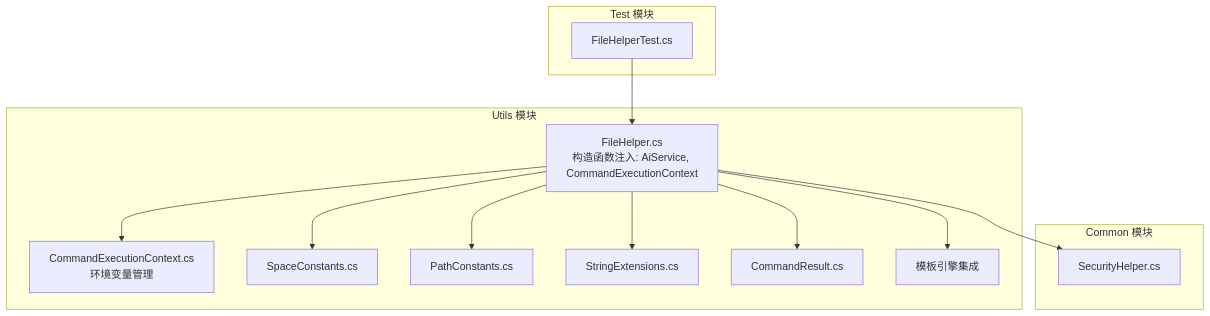
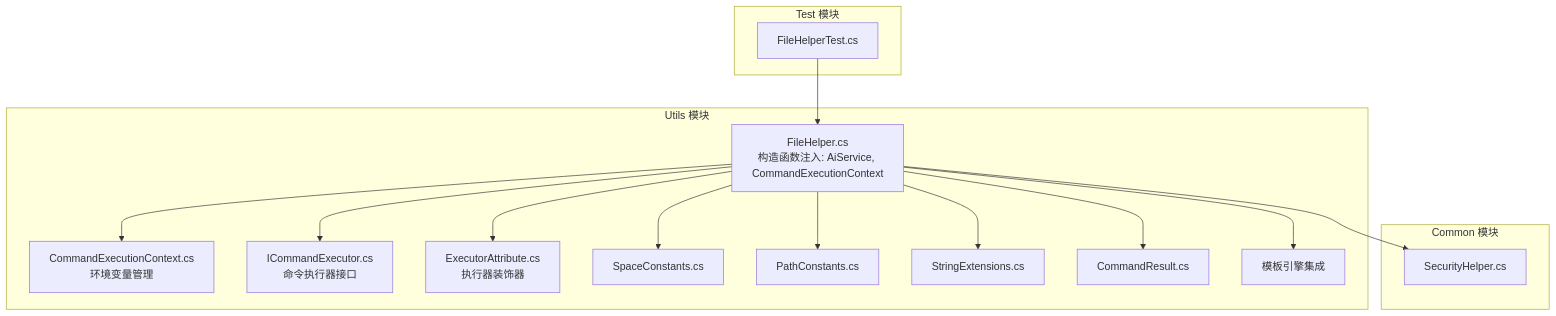
One commit to Sosososolong/AirGo changed the first of 9 diagrams in .qoder/repowiki/zh/content/项目概述/核心特性/工具库系统/文件操作工具/文件操作工具.md. Above: the diagram before and after it, drawn with Mermaid. The commit also changed other lines of this file and 6 other files, not shown here.

````diff
--- a/.qoder/repowiki/zh/content/项目概述/核心特性/工具库系统/文件操作工具/文件操作工具.md
+++ b/.qoder/repowiki/zh/content/项目概述/核心特性/工具库系统/文件操作工具/文件操作工具.md
@@ -48,26 +54,30 @@
 ```mermaid
 graph TB
 subgraph "Utils 模块"
 FH["FileHelper.cs<br/>构造函数注入: AiService, CommandExecutionContext"]
 CEC["CommandExecutionContext.cs<br/>环境变量管理"]
+IC["ICommandExecutor.cs<br/>命令执行器接口"]
+EA["ExecutorAttribute.cs<br/>执行器装饰器"]
 SC["SpaceConstants.cs"]
 PC["PathConstants.cs"]
 SE["StringExtensions.cs"]
 CR["CommandResult.cs"]
 TE["模板引擎集成"]
 end
 subgraph "Common 模块"
 SH["SecurityHelper.cs"]
 end
 subgraph "Test 模块"
 FHT["FileHelperTest.cs"]
 end
 FH --> CEC
+FH --> IC
+FH --> EA
 FH --> SC
 FH --> PC
 FH --> SE
 FH --> CR
 FH --> TE
 FH --> SH
 FHT --> FH
 ```
````
